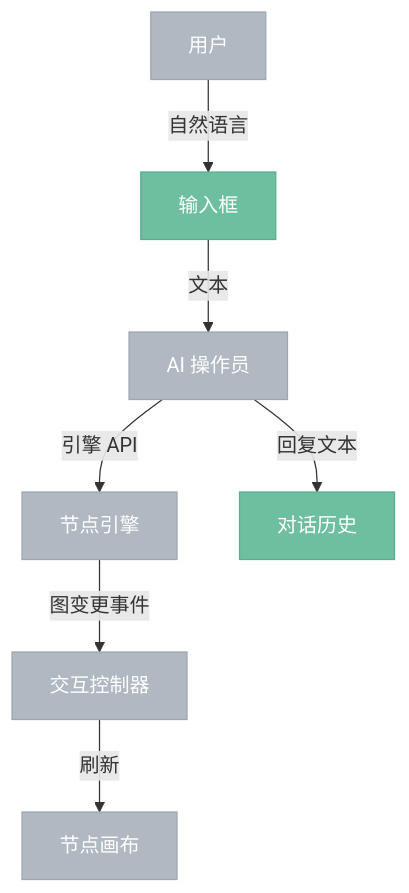
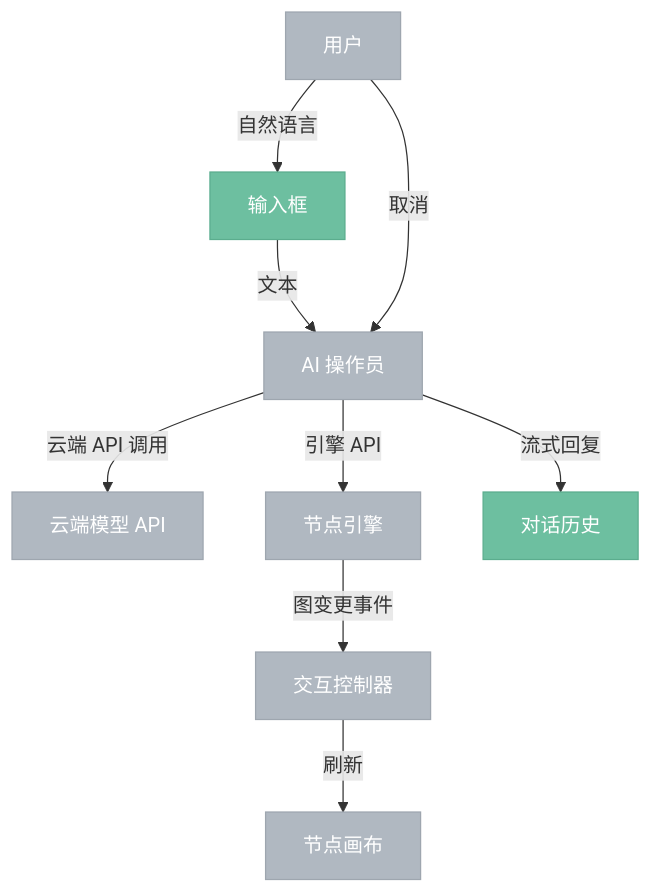
Before and after one commit to aporicho/nodeimg: the diagram in docs/targetv3/2.4.0-ai-chat.draft.md, drawn with Mermaid. The commit also changed other lines of this file and 31 other files, not shown here.

````diff
--- a/docs/targetv3/2.4.0-ai-chat.draft.md
+++ b/docs/targetv3/2.4.0-ai-chat.draft.md
@@ -22,13 +24,15 @@
 ```mermaid
 %%{ init: { 'flowchart': { 'curve': 'basis' } } }%%
 flowchart TB
     classDef internal fill:#6DBFA0,stroke:#5BAD8E,color:#fff
     classDef external fill:#B0B8C1,stroke:#9EA6AF,color:#fff
 
     用户["用户"]:::external -->|"自然语言"| 输入框["输入框"]:::internal
     输入框 -->|"文本"| AI操作员["AI 操作员"]:::external
+    AI操作员 -->|"云端 API 调用"| 云端["云端模型 API"]:::external
     AI操作员 -->|"引擎 API"| 引擎["节点引擎"]:::external
-    AI操作员 -->|"回复文本"| 对话历史["对话历史"]:::internal
+    AI操作员 -->|"流式回复"| 对话历史["对话历史"]:::internal
     引擎 -->|"图变更事件"| 交互控制器["交互控制器"]:::external
     交互控制器 -->|"刷新"| 画布["节点画布"]:::external
+    用户 -->|"取消"| AI操作员
 ```
````
